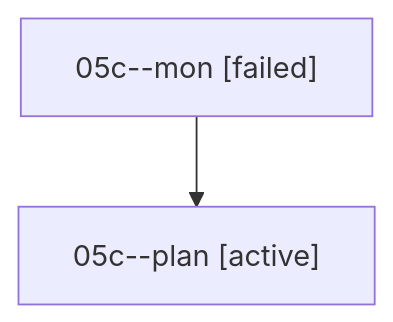
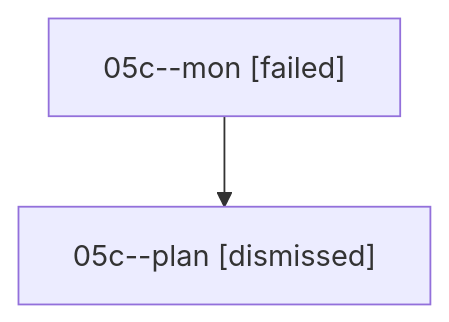
One commit to sase-org/sase--agents changed the diagram in sessions/bbugyi200.athena.05c.md. Above: the diagram before and after it, drawn with Mermaid. The commit also changed other lines of this file and 6 other files, not shown here.

````diff
--- a/sessions/bbugyi200.athena.05c.md
+++ b/sessions/bbugyi200.athena.05c.md
@@ -9,6 +9,6 @@
 ```mermaid
 flowchart TD
   n0["05c--mon [failed]"]
-  n1["05c--plan [active]"]
+  n1["05c--plan [dismissed]"]
   n0 --> n1
 ```
````
